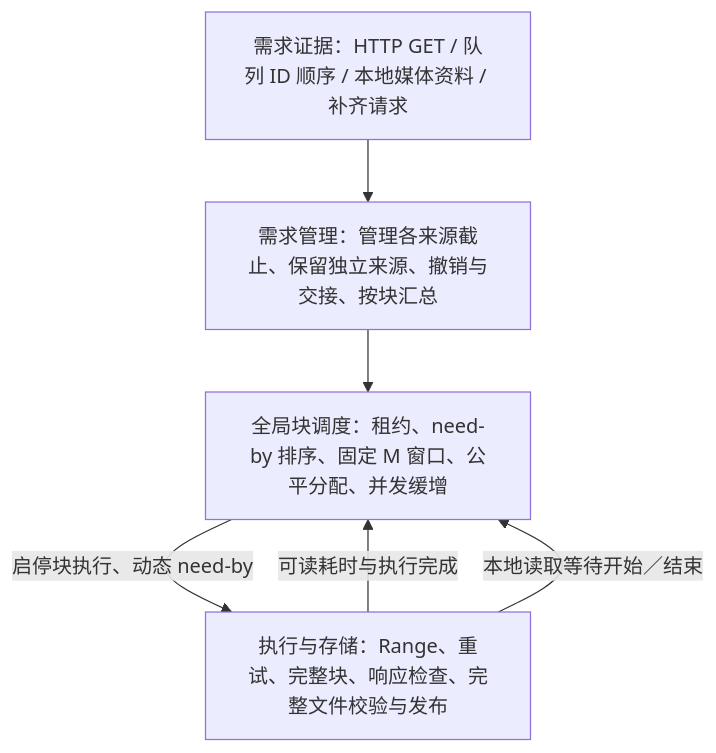
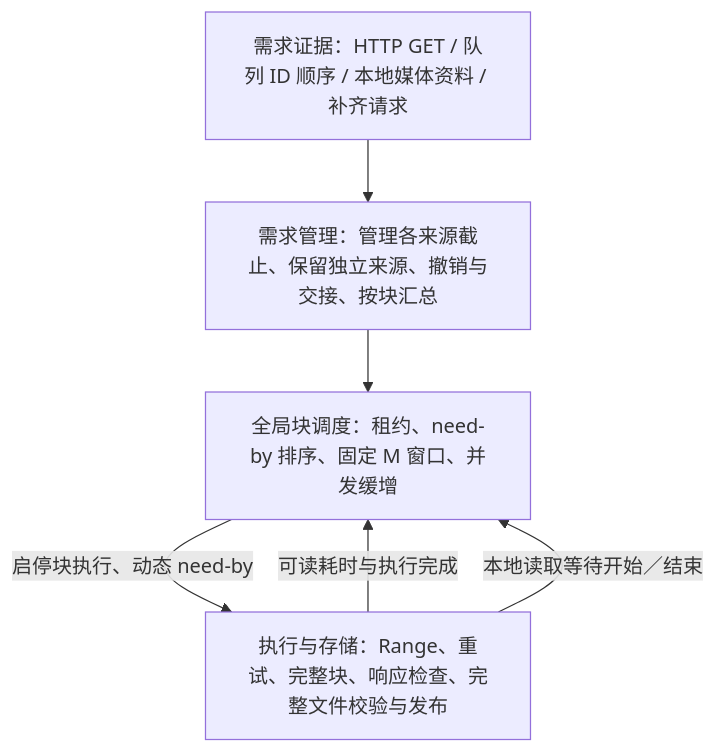
Before and after one commit to SW26010/still-wanna-dance: the diagram in docs/block-scheduler-design.md, drawn with Mermaid. The commit also changed other lines of this file and 45 other files, not shown here.

````diff
--- a/docs/block-scheduler-design.md
+++ b/docs/block-scheduler-design.md
@@ -30,11 +30,11 @@
 ```mermaid
 flowchart TD
     A["需求证据：HTTP GET / 队列 ID 顺序 / 本地媒体资料 / 补齐请求"]
     B["需求管理：管理各来源截止、保留独立来源、撤销与交接、按块汇总"]
-    C["全局块调度：租约、need-by 排序、固定 M 窗口、公平分配、并发缓增"]
+    C["全局块调度：租约、need-by 排序、固定 M 窗口、并发缓增"]
     D["执行与存储：Range、重试、完整块、响应检查、完整文件校验与发布"]
     A --> B --> C
     C -->|"启停块执行、动态 need-by"| D
     D -->|"可读耗时与执行完成"| C
     D -->|"本地读取等待开始／结束"| C
 ```
````
